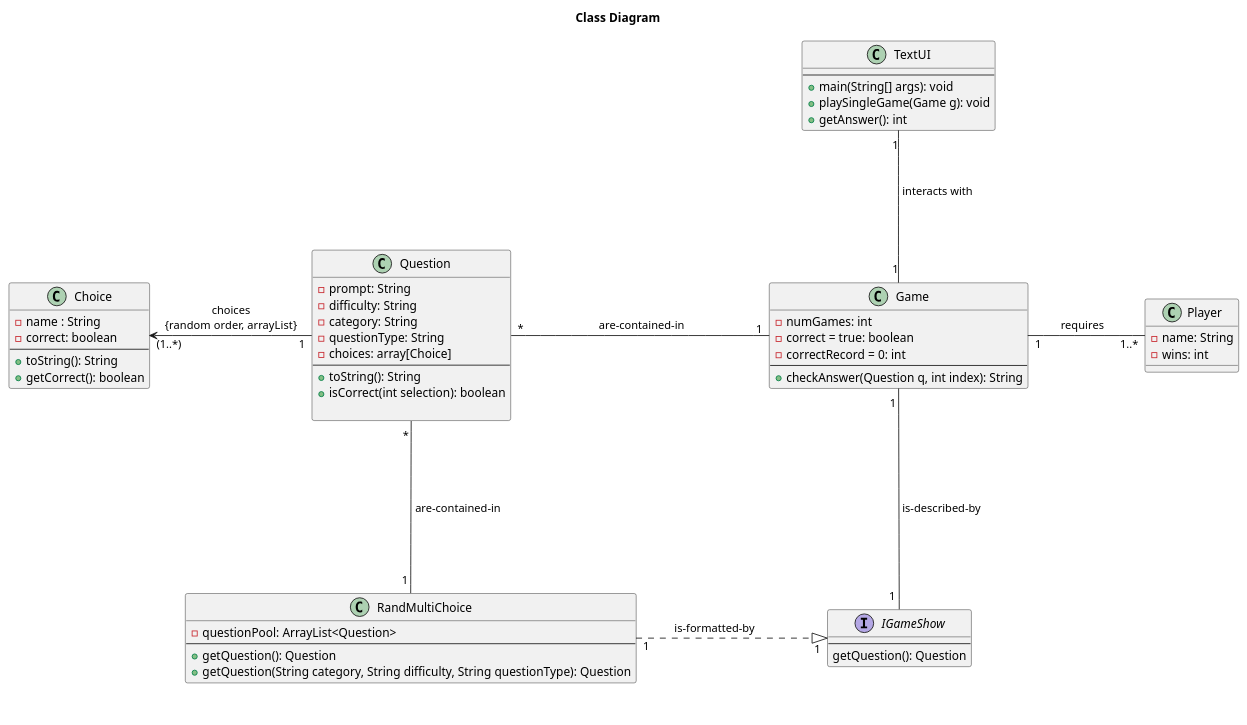
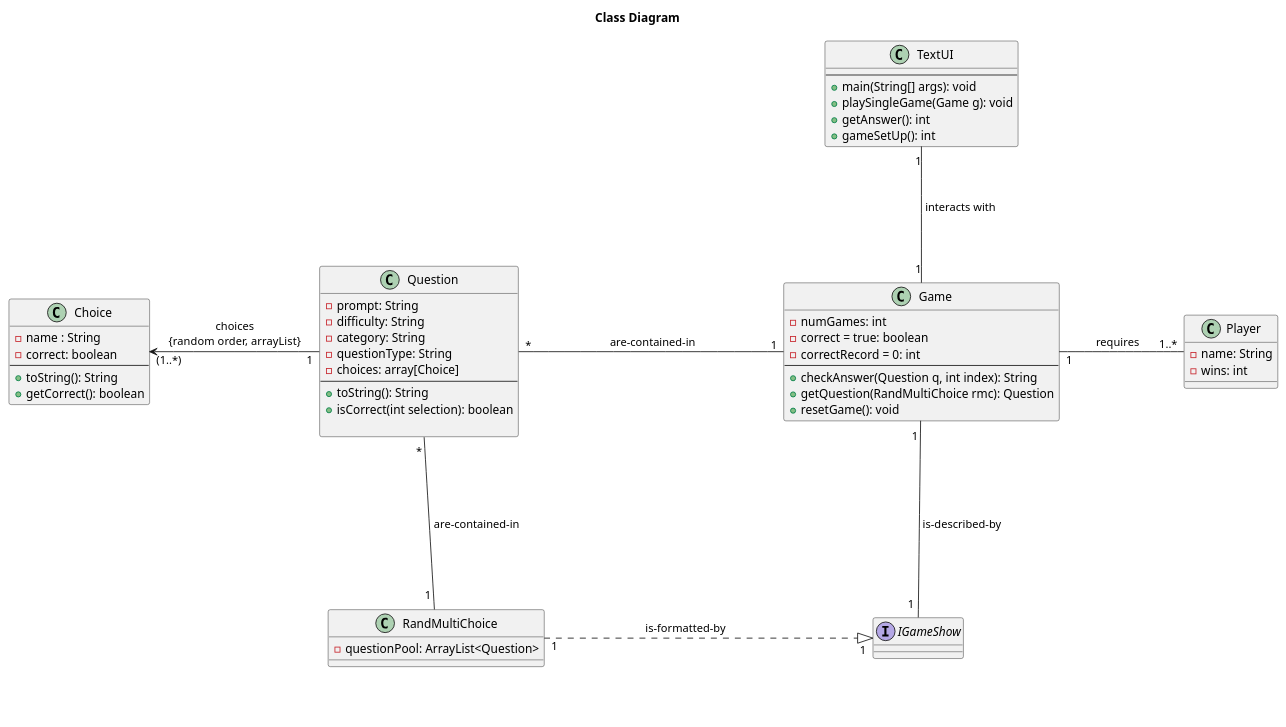
One commit to aczar09/Trivia-Game-Android changed the first of 4 diagrams in doc/design.md. Above: the diagram before and after it, drawn with PlantUML.

Commit message:
Made final edits to class diagram

````diff
--- a/doc/design.md
+++ b/doc/design.md
@@ -2,57 +2,56 @@
 ```plantuml
 title Class Diagram
 ' classes
 'skinparam classAttributeIconSize 0 
 class TextUI{
 --
 +main(String[] args): void
 + playSingleGame(Game g): void
 + getAnswer(): int
++ gameSetUp(): int
 }
 class Game{
     -numGames: int
     - correct = true: boolean
     - correctRecord = 0: int
 --
     + checkAnswer(Question q, int index): String
+    + getQuestion(RandMultiChoice rmc): Question
+    + resetGame(): void
 }
 class Question{
     -prompt: String
     -difficulty: String
     -category: String
     -questionType: String
     -choices: array[Choice]
     --
     +toString(): String
     +isCorrect(int selection): boolean
     
 }
 class Choice{
     -name : String
     -correct: boolean
     --
     +toString(): String
     +getCorrect(): boolean
 }
 class Player{
 -name: String
 -wins: int
 }
 interface IGameShow{
---
-    getQuestion(): Question
+
 }
 Game "1" ---left-- "*" Question : "                         are-contained-in                        "
 Question "\t1" -left-->"(1..*)" Choice:choices\n{random order, arrayList}
 Game "1\t" --right-- "1..*" Player: "      requires         "
 Game "1 " --down-- " 1 " IGameShow: " is-described-by"
 class RandMultiChoice{
     -questionPool: ArrayList<Question>
-    --
-    +getQuestion(): Question
-    +getQuestion(String category, String difficulty, String questionType): Question
 }
-IGameShow"\t   1\n\n\n\n" <|..left.."1\t" RandMultiChoice:"        is-formatted-by                    "
+IGameShow"\t   1\n\n\n\n" <|..left.."1\t" RandMultiChoice:" \t\t            is-formatted-by   \t\t\t                    "
 RandMultiChoice "1 "--up-- " * " Question: " are-contained-in"
 Game "1" -up-- "1" TextUI: " interacts with "
 ```
````
